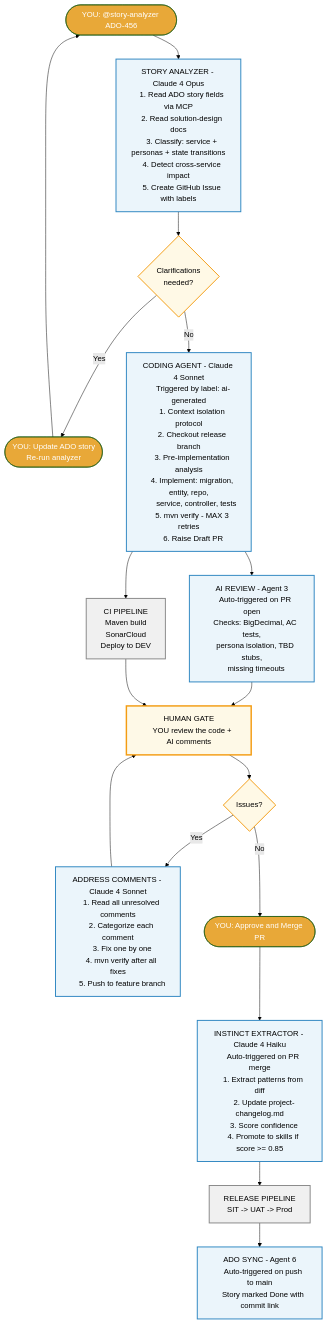
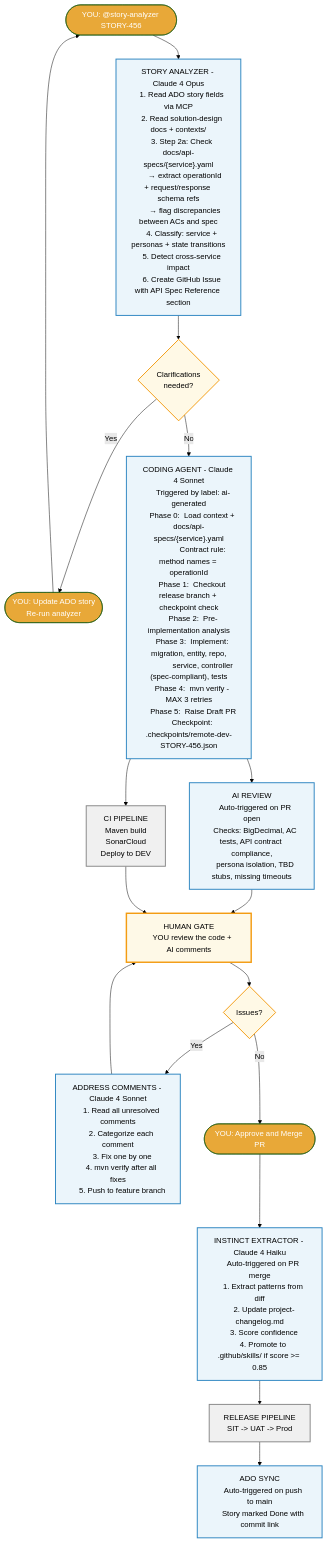
The sixth of 7 diagrams in docs/agentic-sdlc-flowchart.md (faizal13/sdlc-copilot-template), drawn with Mermaid (forest theme) before and after one commit. The commit also changed other lines of this file and 1 other file, not shown here.

````diff
--- a/docs/agentic-sdlc-flowchart.md
+++ b/docs/agentic-sdlc-flowchart.md
@@ -207,13 +368,16 @@
 ```mermaid
 flowchart TD
-    A([YOU: @story-analyzer ADO-456]) --> B
+    A([YOU: @story-analyzer STORY-456]) --> B
 
     B["STORY ANALYZER - Claude 4 Opus
     1. Read ADO story fields via MCP
-    2. Read solution-design docs
-    3. Classify: service + personas + state transitions
-    4. Detect cross-service impact
-    5. Create GitHub Issue with labels"]
+    2. Read solution-design docs + contexts/
+    3. Step 2a: Check docs/api-specs/{service}.yaml
+       → extract operationId + request/response schema refs
+       → flag discrepancies between ACs and spec
+    4. Classify: service + personas + state transitions
+    5. Detect cross-service impact
+    6. Create GitHub Issue with API Spec Reference section"]
 
     B --> C{Clarifications\nneeded?}
     C -->|Yes| D([YOU: Update ADO story\nRe-run analyzer])
@@ -222,19 +386,20 @@
 
     E["CODING AGENT - Claude 4 Sonnet
     Triggered by label: ai-generated
-    1. Context isolation protocol
-    2. Checkout release branch
-    3. Pre-implementation analysis
-    4. Implement: migration, entity, repo,
-       service, controller, tests
-    5. mvn verify - MAX 3 retries
-    6. Raise Draft PR"]
+    Phase 0:  Load context + docs/api-specs/{service}.yaml
+              Contract rule: method names = operationId
+    Phase 1:  Checkout release branch + checkpoint check
+    Phase 2:  Pre-implementation analysis
+    Phase 3:  Implement: migration, entity, repo,
+              service, controller (spec-compliant), tests
+    Phase 4:  mvn verify - MAX 3 retries
+    Phase 5:  Raise Draft PR
+    Checkpoint: .checkpoints/remote-dev-STORY-456.json"]
 
-    E --> F["AI REVIEW - Agent 3
+    E --> F["AI REVIEW
     Auto-triggered on PR open
-    Checks: BigDecimal, AC tests,
-    persona isolation, TBD stubs,
-    missing timeouts"]
+    Checks: BigDecimal, AC tests, API contract compliance,
+    persona isolation, TBD stubs, missing timeouts"]
 
     E --> G["CI PIPELINE
     Maven build
@@ -263,12 +428,12 @@
     1. Extract patterns from diff
     2. Update project-changelog.md
     3. Score confidence
-    4. Promote to skills if score >= 0.85"]
+    4. Promote to .github/skills/ if score >= 0.85"]
 
     L --> M["RELEASE PIPELINE
     SIT -> UAT -> Prod"]
 
-    M --> N["ADO SYNC - Agent 6
+    M --> N["ADO SYNC
     Auto-triggered on push to main
     Story marked Done with commit link"]
 
````
